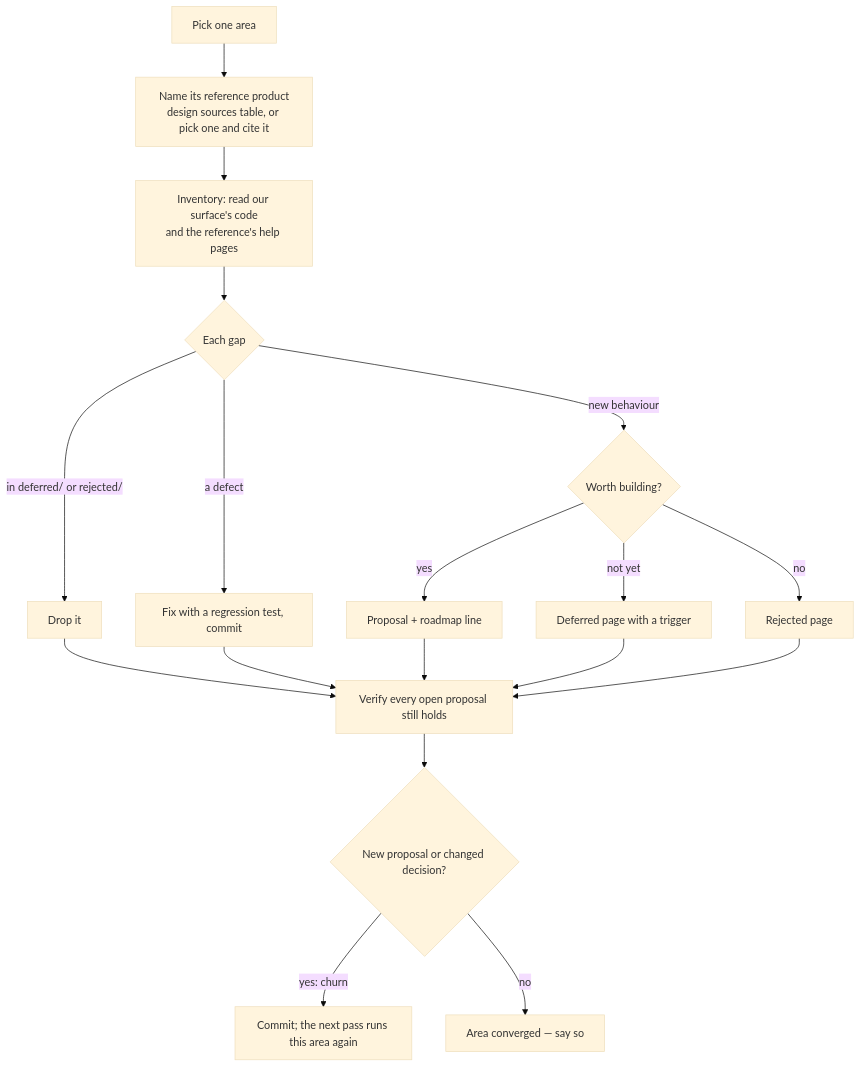
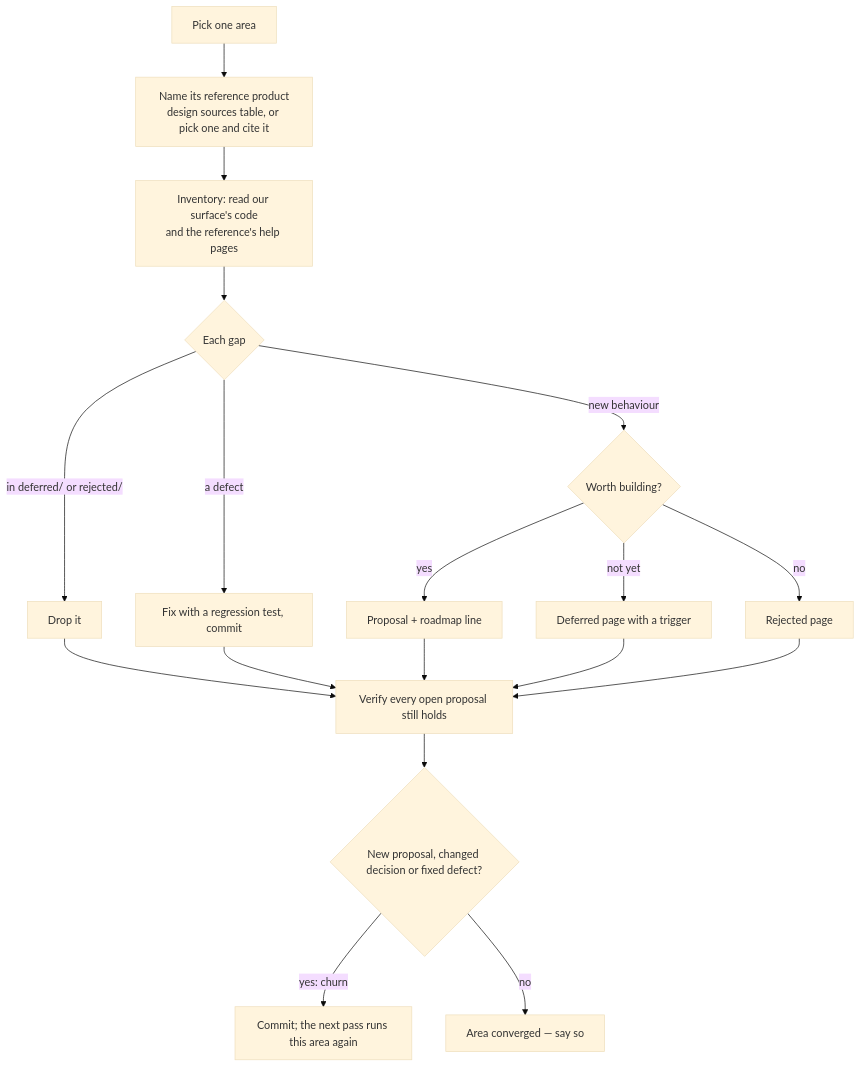
Before and after one commit to Esposter/Esposter: the diagram in .agents/skills/product-review/SKILL.md, drawn with Mermaid (base theme). The commit also changed 17 other files, not shown here.

````diff
--- a/.agents/skills/product-review/SKILL.md
+++ b/.agents/skills/product-review/SKILL.md
@@ -23,20 +23,20 @@
 ```mermaid
 flowchart TD
   A[Pick one area] --> R[Name its reference product<br/>design sources table, or pick one and cite it]
   R --> I[Inventory: read our surface's code<br/>and the reference's help pages]
   I --> G{Each gap}
   G -->|in deferred/ or rejected/| X[Drop it]
   G -->|a defect| F[Fix with a regression test, commit]
   G -->|new behaviour| T{Worth building?}
   T -->|yes| P[Proposal + roadmap line]
   T -->|not yet| D[Deferred page with a trigger]
   T -->|no| J[Rejected page]
   X --> V[Verify every open proposal still holds]
   F --> V
   P --> V
   D --> V
   J --> V
-  V --> C{New proposal or changed decision?}
+  V --> C{New proposal, changed decision or fixed defect?}
   C -->|yes: churn| N[Commit; the next pass runs this area again]
   C -->|no| Z[Area converged — say so]
 ```
````
